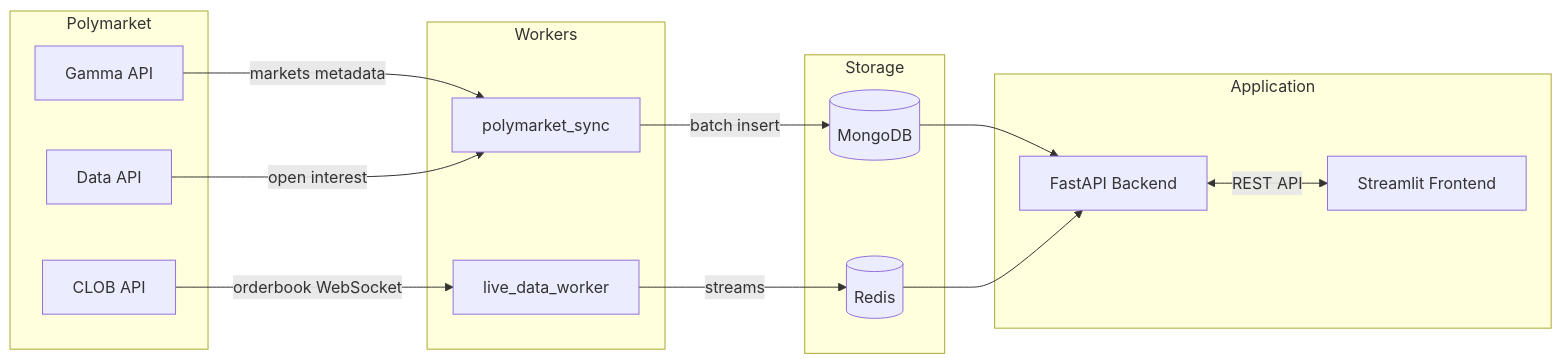
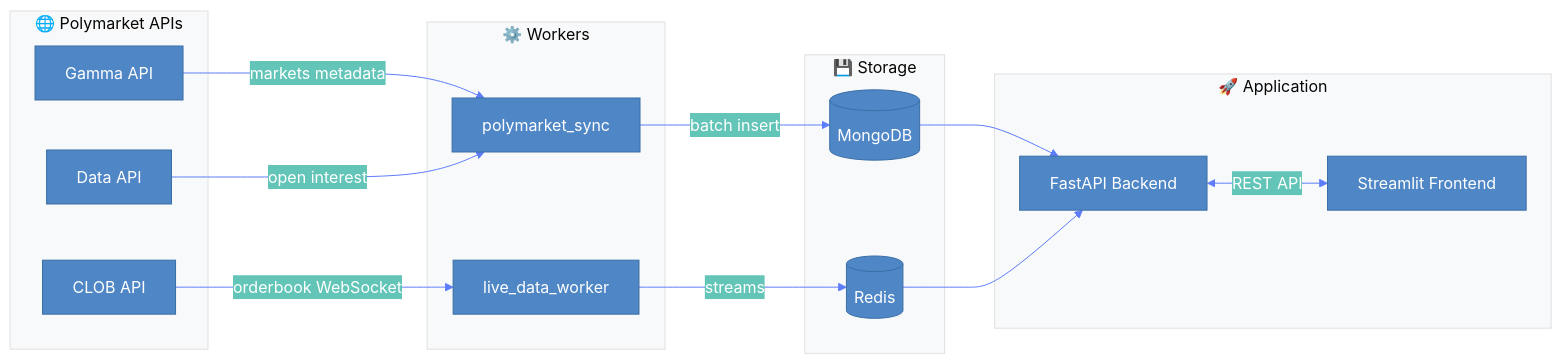
Before and after one commit to leopaulmarotte/PaperTradingPM: the first of 3 diagrams in README.md, drawn with Mermaid. The commit also changed other lines of this file, not shown here.

Commit message:
better diagrams

````diff
--- a/README.md
+++ b/README.md
@@ -15,34 +15,35 @@
 ```mermaid
+%%{init: {'theme': 'base', 'themeVariables': { 'primaryColor': '#4f86c6', 'primaryTextColor': '#fff', 'primaryBorderColor': '#3a6ea5', 'lineColor': '#5c7cfa', 'secondaryColor': '#63c5b8', 'tertiaryColor': '#f8f9fa', 'background': '#ffffff'}}}%%
 flowchart LR
-    subgraph Polymarket
+    subgraph Polymarket[" 🌐 Polymarket APIs"]
         GAMMA[Gamma API]
         CLOB[CLOB API]
         DATA[Data API]
     end
     
-    subgraph Workers
+    subgraph Workers[" ⚙️ Workers"]
         SYNC[polymarket_sync]
         LIVE[live_data_worker]
     end
     
-    subgraph Storage
+    subgraph Storage[" 💾 Storage"]
         MONGO[(MongoDB)]
         REDIS[(Redis)]
     end
     
-    subgraph Application
+    subgraph Application[" 🚀 Application"]
         BACKEND[FastAPI Backend]
         FRONTEND[Streamlit Frontend]
     end
     
     GAMMA -->|markets metadata| SYNC
     CLOB -->|orderbook WebSocket| LIVE
     DATA -->|open interest| SYNC
     
     SYNC -->|batch insert| MONGO
     LIVE -->|streams| REDIS
     
     MONGO --> BACKEND
     REDIS --> BACKEND
     BACKEND <-->|REST API| FRONTEND
 ```
````
